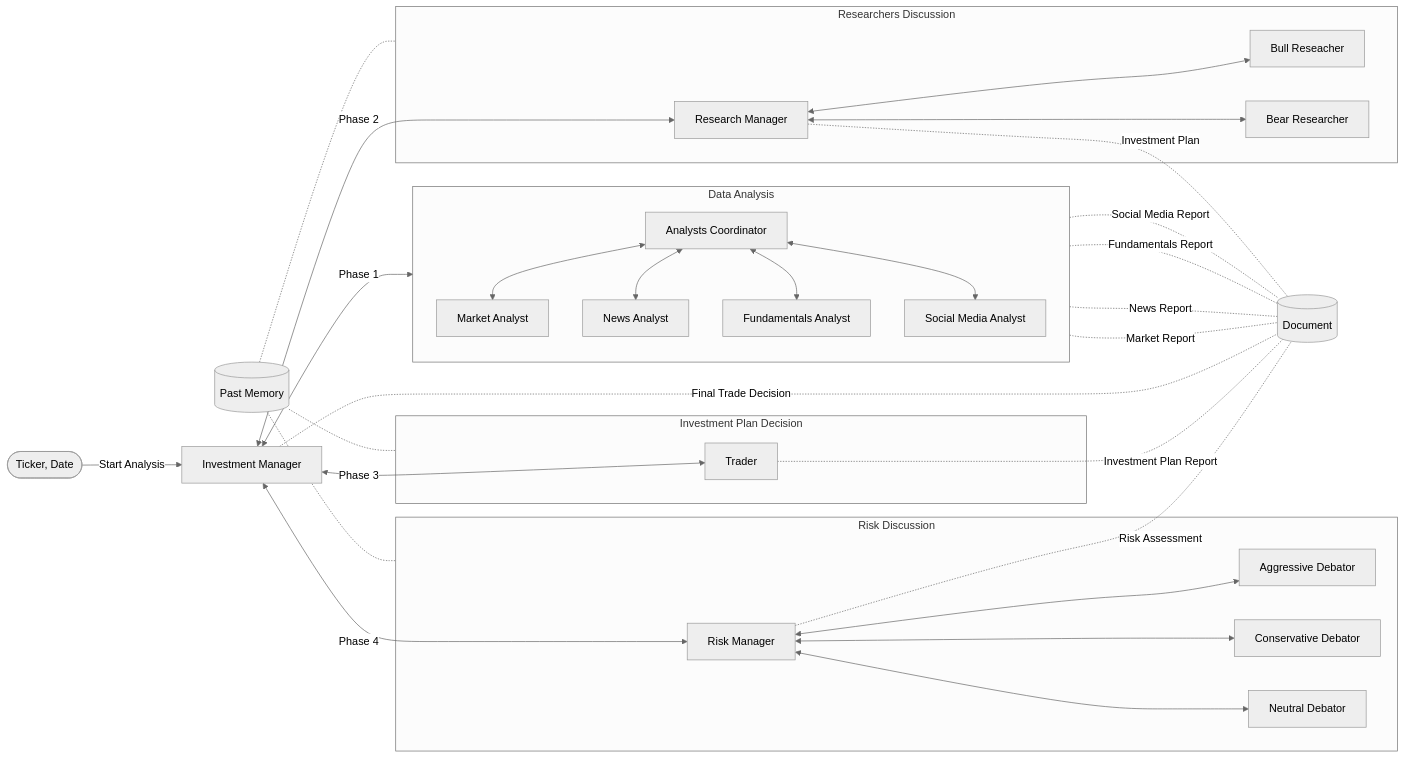
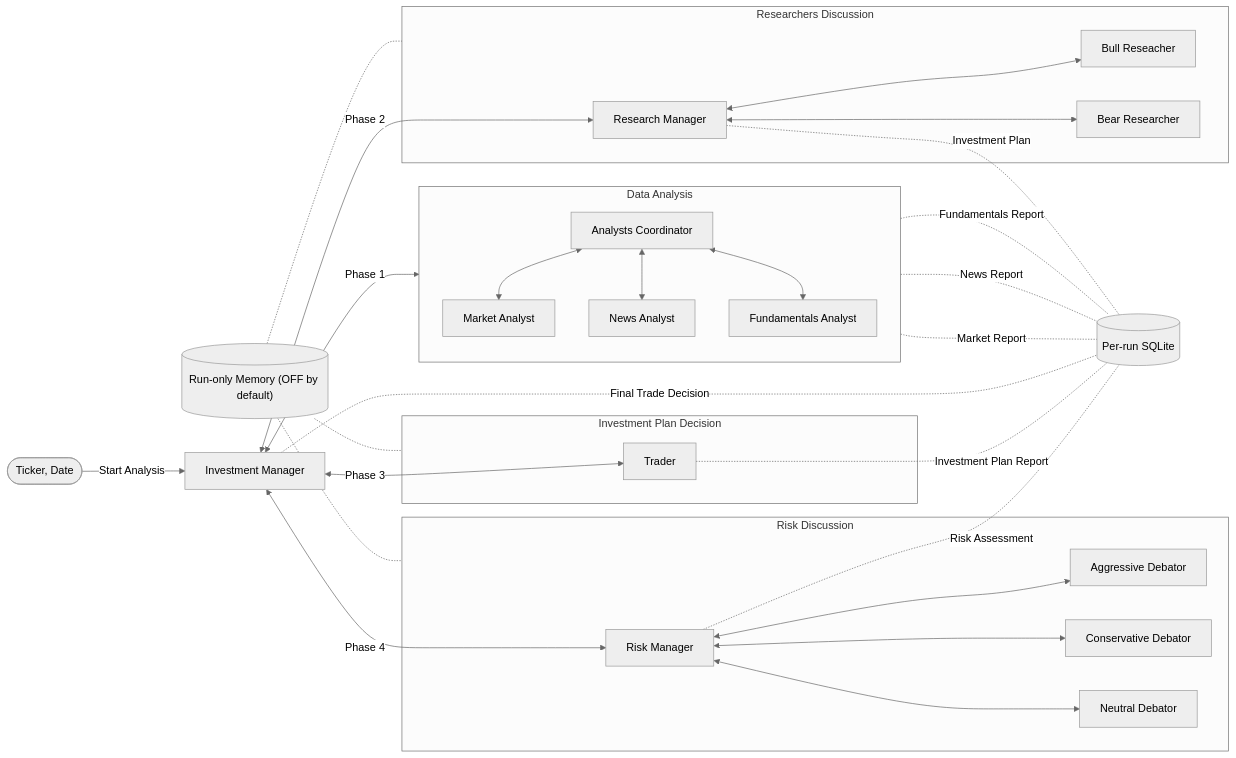
One commit to renandcl/InvestmentAgents changed the diagram in README.md. Above: the diagram before and after it, drawn with Mermaid (neutral theme). The commit also changed other lines of this file and 125 other files, not shown here.

````diff
--- a/README.md
+++ b/README.md
@@ -15,45 +15,43 @@
 ```mermaid
 flowchart LR
  subgraph subGraph0["Data Analysis"]
     direction TB
         AC["Analysts Coordinator"]
         MA["Market Analyst"]
         NA["News Analyst"]
         FA["Fundamentals Analyst"]
-        SA["Social Media Analyst"]
   end
  subgraph subGraph1["Researchers Discussion"]
         BR["Bull Reseacher"]
         BER["Bear Researcher"]
         RM["Research Manager"]
   end
  subgraph subGraph2["Investment Plan Decision"]
         TR["Trader"]
   end
  subgraph subGraph3["Risk Discussion"]
         AD["Aggressive Debator"]
         CD["Conservative Debator"]
         ND["Neutral Debator"]
         RMG["Risk Manager"]
   end
     Init(["Ticker, Date"]) -- Start Analysis --> IM["Investment Manager"]
     IM <-- Phase 1 --> AC
-    AC <--> MA & NA & FA & SA
+    AC <--> MA & NA & FA
     IM <-- Phase 2 --> RM
     RM <--> BR & BER
     IM <-- Phase 3 --> TR
     IM <-- Phase 4 --> RMG
     RMG <--> AD & CD & ND
-    MA -. Market Report .- State["Document"]
+    MA -. Market Report .- State["Per-run SQLite"]
     NA -. News Report .- State
     FA -. Fundamentals Report .- State
-    SA -. Social Media Report .- State
     RM -. Investment Plan .- State
     TR -. Investment Plan Report .- State
     RMG -. Risk Assessment .- State
     IM -. Final Trade Decision .- State
     State@{ shape: db}
-    Memory["Past Memory"]
+    Memory["Run-only Memory (OFF by default)"]
     Memory@{ shape: db}
     Memory -.- subGraph1 & subGraph2 & subGraph3
 ```
````
